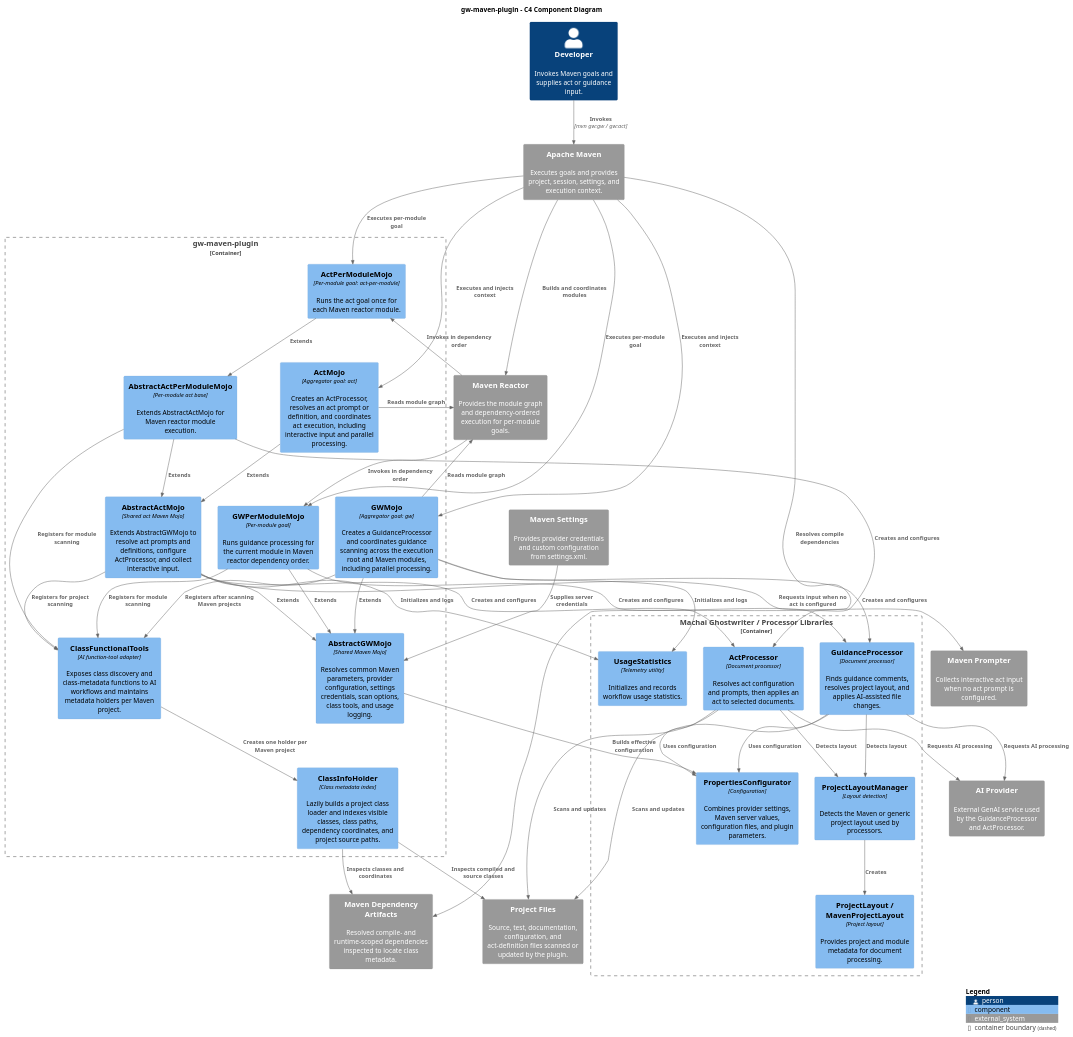
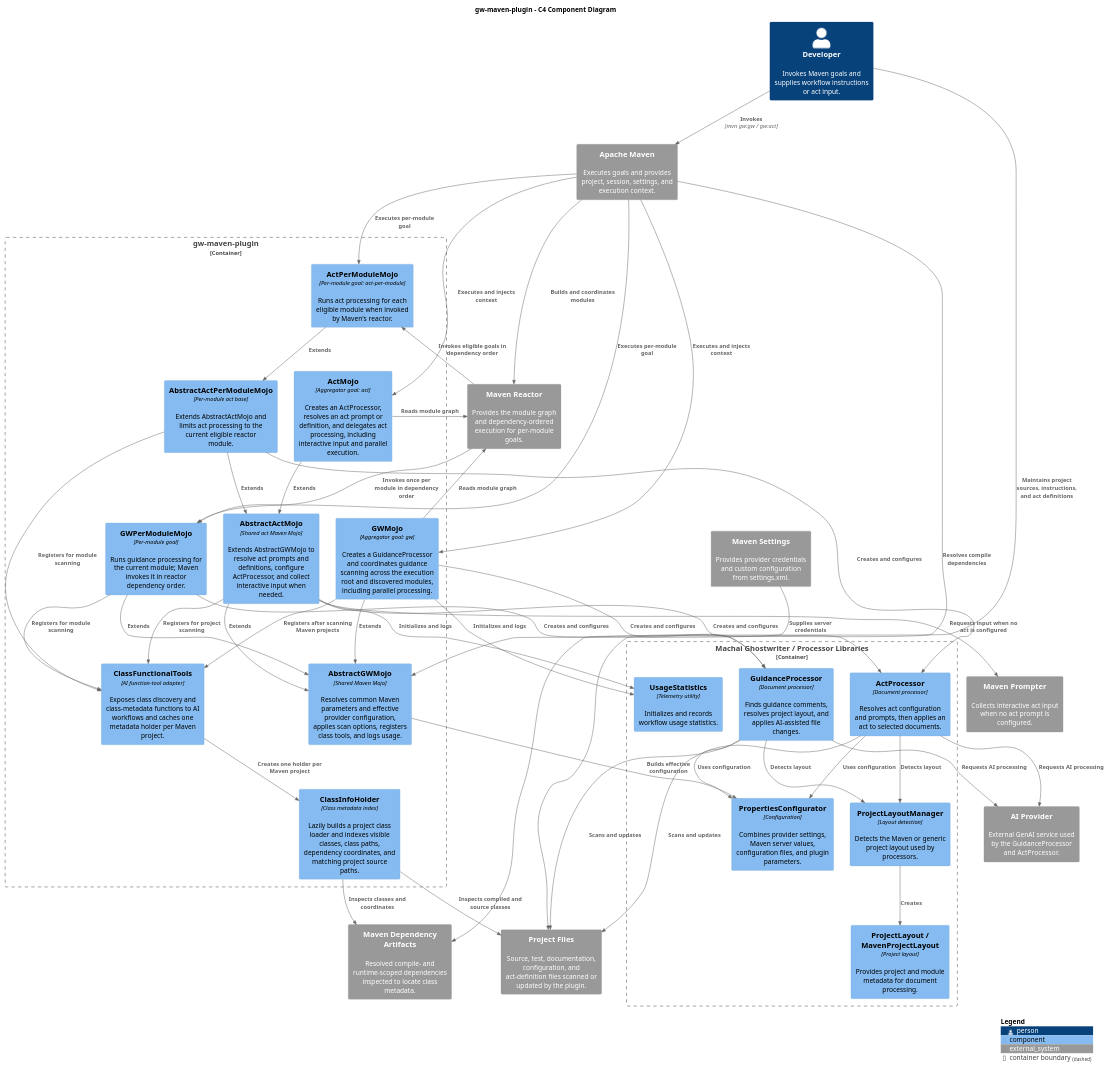
The diagram in src/site/puml/project-structure/c4-diagram.puml (machanism-org/gw-maven-plugin), drawn with PlantUML before and after one commit.

Commit message:
docs: clarify Maven plugin component diagram
Clarify that eligible per-module goals are invoked through Maven reactor order, and document effective configuration, project-scoped class tools, and project-source matching.

```diff
--- a/src/site/puml/project-structure/c4-diagram.puml
+++ b/src/site/puml/project-structure/c4-diagram.puml
@@ -10,84 +10,85 @@
 @startuml gw-maven-plugin-components
 !include <C4/C4_Component>
 
 LAYOUT_WITH_LEGEND()
 
 title gw-maven-plugin - C4 Component Diagram
 
-Person(developer, "Developer", "Invokes Maven goals and supplies act or guidance input.")
+Person(developer, "Developer", "Invokes Maven goals and supplies workflow instructions or act input.")
 
 System_Ext(maven, "Apache Maven", "Executes goals and provides project, session, settings, and execution context.")
 System_Ext(maven_reactor, "Maven Reactor", "Provides the module graph and dependency-ordered execution for per-module goals.")
 System_Ext(maven_settings, "Maven Settings", "Provides provider credentials and custom configuration from settings.xml.")
 System_Ext(dependency_artifacts, "Maven Dependency Artifacts", "Resolved compile- and runtime-scoped dependencies inspected to locate class metadata.")
 System_Ext(prompter, "Maven Prompter", "Collects interactive act input when no act prompt is configured.")
 System_Ext(ai_provider, "AI Provider", "External GenAI service used by the GuidanceProcessor and ActProcessor.")
 System_Ext(project_files, "Project Files", "Source, test, documentation, configuration, and act-definition files scanned or updated by the plugin.")
 
 Container_Boundary(plugin, "gw-maven-plugin") {
-    Component(abstract_gw_mojo, "AbstractGWMojo", "Shared Maven Mojo", "Resolves common Maven parameters, provider configuration, settings credentials, scan options, class tools, and usage logging.")
-    Component(abstract_act_mojo, "AbstractActMojo", "Shared act Maven Mojo", "Extends AbstractGWMojo to resolve act prompts and definitions, configure ActProcessor, and collect interactive input.")
-    Component(abstract_act_per_module_mojo, "AbstractActPerModuleMojo", "Per-module act base", "Extends AbstractActMojo for Maven reactor module execution.")
-    Component(gw_mojo, "GWMojo", "Aggregator goal: gw", "Creates a GuidanceProcessor and coordinates guidance scanning across the execution root and Maven modules, including parallel processing.")
-    Component(act_mojo, "ActMojo", "Aggregator goal: act", "Creates an ActProcessor, resolves an act prompt or definition, and coordinates act execution, including interactive input and parallel processing.")
-    Component(gw_per_module_mojo, "GWPerModuleMojo", "Per-module goal", "Runs guidance processing for the current module in Maven reactor dependency order.")
-    Component(act_per_module_mojo, "ActPerModuleMojo", "Per-module goal: act-per-module", "Runs the act goal once for each Maven reactor module.")
-    Component(class_tools, "ClassFunctionalTools", "AI function-tool adapter", "Exposes class discovery and class-metadata functions to AI workflows and maintains metadata holders per Maven project.")
-    Component(class_info_holder, "ClassInfoHolder", "Class metadata index", "Lazily builds a project class loader and indexes visible classes, class paths, dependency coordinates, and project source paths.")
+    Component(abstract_gw_mojo, "AbstractGWMojo", "Shared Maven Mojo", "Resolves common Maven parameters and effective provider configuration, applies scan options, registers class tools, and logs usage.")
+    Component(abstract_act_mojo, "AbstractActMojo", "Shared act Maven Mojo", "Extends AbstractGWMojo to resolve act prompts and definitions, configure ActProcessor, and collect interactive input when needed.")
+    Component(abstract_act_per_module_mojo, "AbstractActPerModuleMojo", "Per-module act base", "Extends AbstractActMojo and limits act processing to the current eligible reactor module.")
+    Component(gw_mojo, "GWMojo", "Aggregator goal: gw", "Creates a GuidanceProcessor and coordinates guidance scanning across the execution root and discovered modules, including parallel processing.")
+    Component(act_mojo, "ActMojo", "Aggregator goal: act", "Creates an ActProcessor, resolves an act prompt or definition, and delegates act processing, including interactive input and parallel execution.")
+    Component(gw_per_module_mojo, "GWPerModuleMojo", "Per-module goal", "Runs guidance processing for the current module; Maven invokes it in reactor dependency order.")
+    Component(act_per_module_mojo, "ActPerModuleMojo", "Per-module goal: act-per-module", "Runs act processing for each eligible module when invoked by Maven's reactor.")
+    Component(class_tools, "ClassFunctionalTools", "AI function-tool adapter", "Exposes class discovery and class-metadata functions to AI workflows and caches one metadata holder per Maven project.")
+    Component(class_info_holder, "ClassInfoHolder", "Class metadata index", "Lazily builds a project class loader and indexes visible classes, class paths, dependency coordinates, and matching project source paths.")
 }
 
 Container_Boundary(ghostwriter, "Machai Ghostwriter / Processor Libraries") {
     Component(guidance_processor, "GuidanceProcessor", "Document processor", "Finds guidance comments, resolves project layout, and applies AI-assisted file changes.")
     Component(act_processor, "ActProcessor", "Document processor", "Resolves act configuration and prompts, then applies an act to selected documents.")
     Component(project_layout_manager, "ProjectLayoutManager", "Layout detection", "Detects the Maven or generic project layout used by processors.")
     Component(project_layout, "ProjectLayout / MavenProjectLayout", "Project layout", "Provides project and module metadata for document processing.")
     Component(configurator, "PropertiesConfigurator", "Configuration", "Combines provider settings, Maven server values, configuration files, and plugin parameters.")
     Component(usage_stats, "UsageStatistics", "Telemetry utility", "Initializes and records workflow usage statistics.")
 }
 
 Rel(developer, maven, "Invokes", "mvn gw:gw / gw:act")
+Rel(developer, project_files, "Maintains project sources, instructions, and act definitions")
 Rel(maven, gw_mojo, "Executes and injects context")
 Rel(maven, act_mojo, "Executes and injects context")
 Rel(maven, gw_per_module_mojo, "Executes per-module goal")
 Rel(maven, act_per_module_mojo, "Executes per-module goal")
 Rel(maven, maven_reactor, "Builds and coordinates modules")
 Rel(gw_mojo, maven_reactor, "Reads module graph")
 Rel(act_mojo, maven_reactor, "Reads module graph")
-Rel(maven_reactor, gw_per_module_mojo, "Invokes in dependency order")
-Rel(maven_reactor, act_per_module_mojo, "Invokes in dependency order")
+Rel(maven_reactor, gw_per_module_mojo, "Invokes once per module in dependency order")
+Rel(maven_reactor, act_per_module_mojo, "Invokes eligible goals in dependency order")
 Rel(maven, dependency_artifacts, "Resolves compile dependencies")
 Rel(maven_settings, abstract_gw_mojo, "Supplies server credentials")
 Rel(abstract_act_mojo, prompter, "Requests input when no act is configured")
 Rel(abstract_gw_mojo, configurator, "Builds effective configuration")
 
 Rel(gw_mojo, abstract_gw_mojo, "Extends")
 Rel(abstract_act_mojo, abstract_gw_mojo, "Extends")
 Rel(act_mojo, abstract_act_mojo, "Extends")
 Rel(abstract_act_per_module_mojo, abstract_act_mojo, "Extends")
 Rel(act_per_module_mojo, abstract_act_per_module_mojo, "Extends")
 Rel(gw_per_module_mojo, abstract_gw_mojo, "Extends")
 Rel(gw_mojo, guidance_processor, "Creates and configures")
 Rel(abstract_act_mojo, act_processor, "Creates and configures")
 Rel(gw_per_module_mojo, guidance_processor, "Creates and configures")
 Rel(abstract_act_per_module_mojo, act_processor, "Creates and configures")
 Rel(gw_mojo, class_tools, "Registers after scanning Maven projects")
 Rel(abstract_act_mojo, class_tools, "Registers for project scanning")
 Rel(gw_per_module_mojo, class_tools, "Registers for module scanning")
 Rel(abstract_act_per_module_mojo, class_tools, "Registers for module scanning")
 Rel(guidance_processor, project_layout_manager, "Detects layout")
 Rel(act_processor, project_layout_manager, "Detects layout")
 Rel(project_layout_manager, project_layout, "Creates")
 Rel(guidance_processor, configurator, "Uses configuration")
 Rel(act_processor, configurator, "Uses configuration")
 Rel(guidance_processor, project_files, "Scans and updates")
 Rel(act_processor, project_files, "Scans and updates")
 Rel(guidance_processor, ai_provider, "Requests AI processing")
 Rel(act_processor, ai_provider, "Requests AI processing")
 Rel(class_tools, class_info_holder, "Creates one holder per Maven project")
 Rel(class_info_holder, project_files, "Inspects compiled and source classes")
 Rel(class_info_holder, dependency_artifacts, "Inspects classes and coordinates")
 Rel(gw_mojo, usage_stats, "Initializes and logs")
 Rel(abstract_act_mojo, usage_stats, "Initializes and logs")
 
 SHOW_LEGEND()
 @enduml
```
